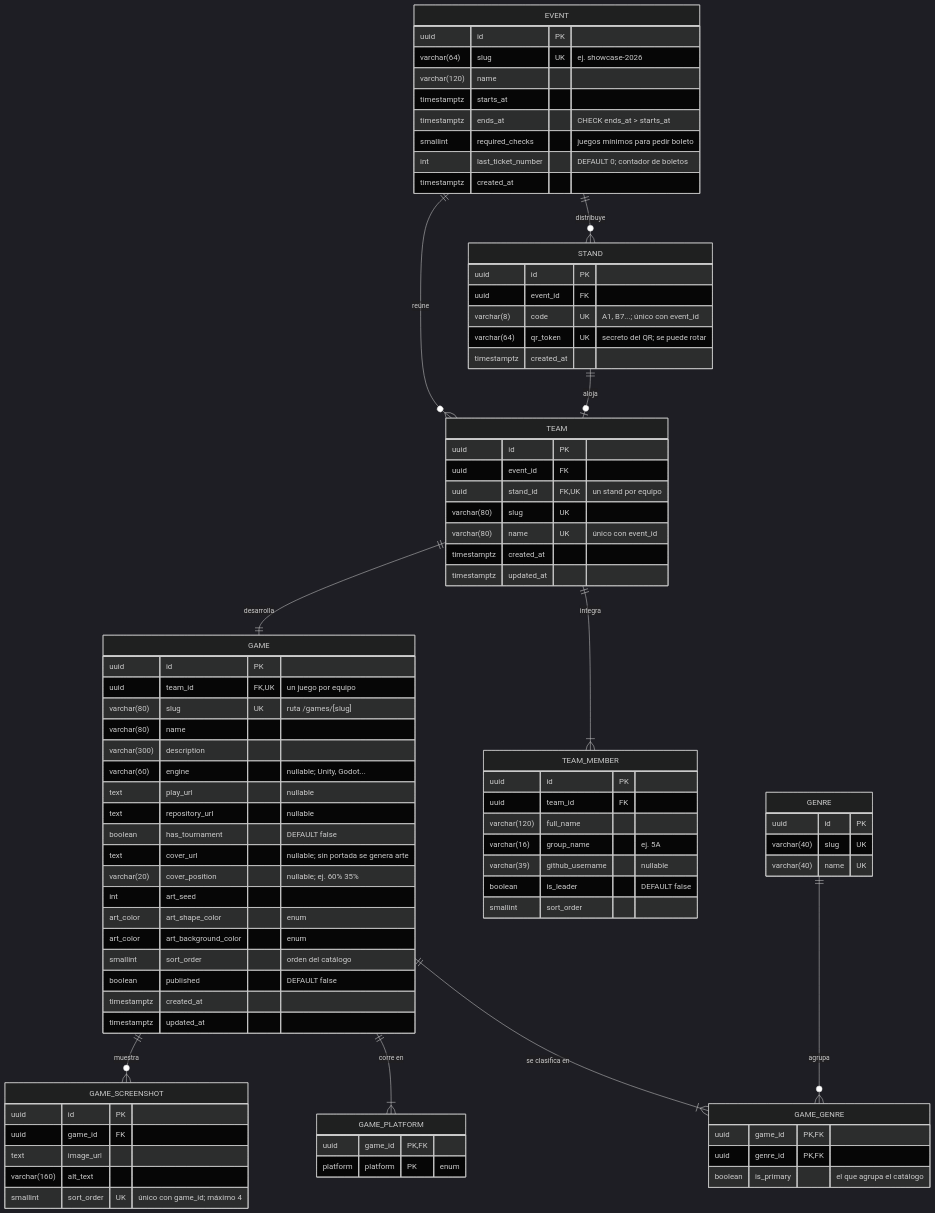
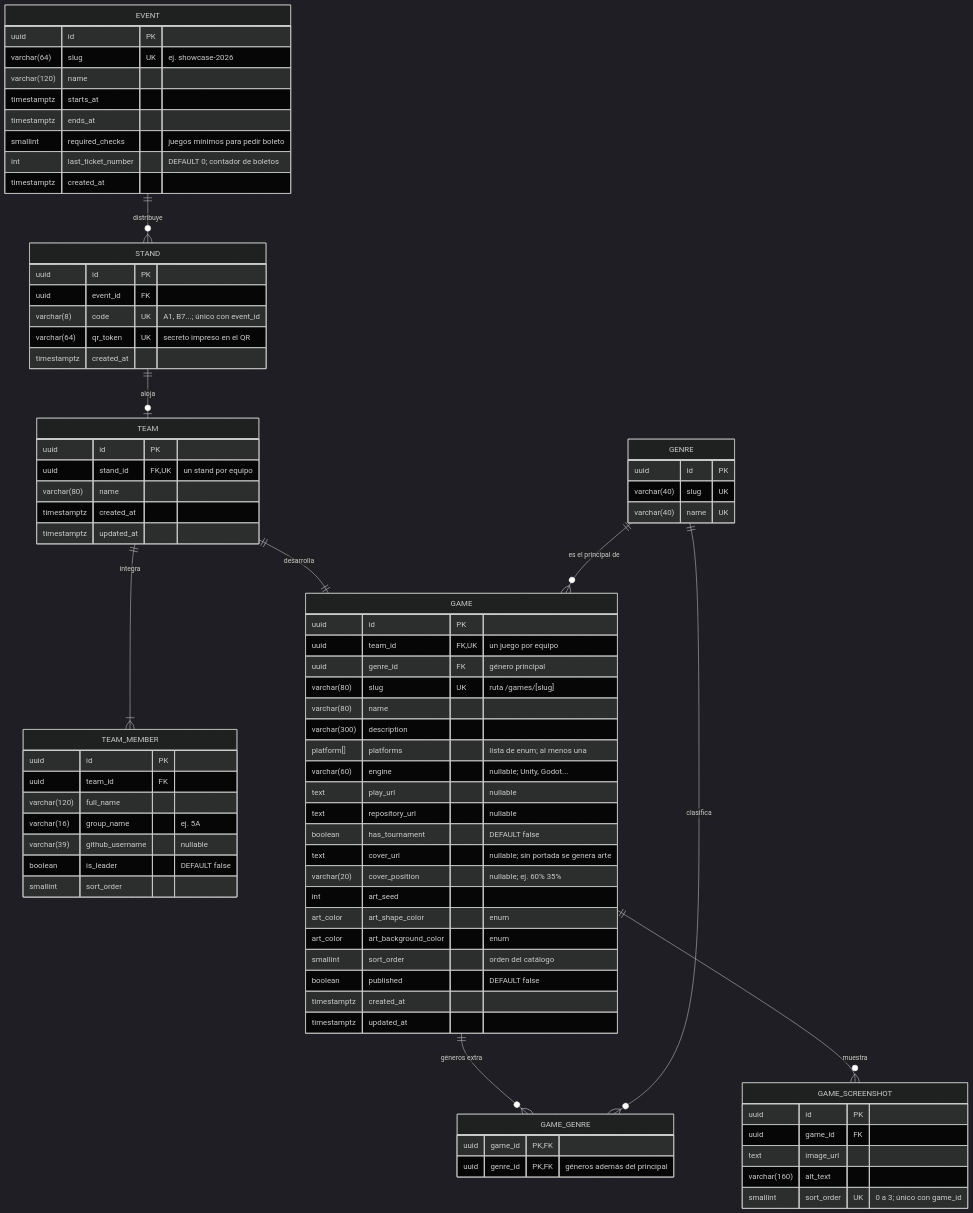
The second of 3 diagrams in docs/data-model.md (ikabeee/ut-e3), drawn with Mermaid (dark theme) before and after one commit. The commit also changed other lines of this file, not shown here.

First line of the commit message:
docs(database): aplicar la revisión del modelo de datos

````diff
--- a/docs/data-model.md
+++ b/docs/data-model.md
@@ -77,7 +81,7 @@
         varchar(64) slug UK "ej. showcase-2026"
         varchar(120) name
         timestamptz starts_at
-        timestamptz ends_at "CHECK ends_at > starts_at"
+        timestamptz ends_at
         smallint required_checks "juegos mínimos para pedir boleto"
         int last_ticket_number "DEFAULT 0; contador de boletos"
         timestamptz created_at
@@ -86,15 +90,13 @@
         uuid id PK
         uuid event_id FK
         varchar(8) code UK "A1, B7...; único con event_id"
-        varchar(64) qr_token UK "secreto del QR; se puede rotar"
+        varchar(64) qr_token UK "secreto impreso en el QR"
         timestamptz created_at
     }
     TEAM {
         uuid id PK
-        uuid event_id FK
         uuid stand_id FK, UK "un stand por equipo"
-        varchar(80) slug UK
-        varchar(80) name UK "único con event_id"
+        varchar(80) name
         timestamptz created_at
         timestamptz updated_at
     }
@@ -110,9 +112,11 @@
     GAME {
         uuid id PK
         uuid team_id FK, UK "un juego por equipo"
+        uuid genre_id FK "género principal"
         varchar(80) slug UK "ruta /games/[slug]"
         varchar(80) name
         varchar(300) description
+        platform[] platforms "lista de enum; al menos una"
         varchar(60) engine "nullable; Unity, Godot..."
         text play_url "nullable"
         text repository_url "nullable"
@@ -134,28 +138,22 @@
     }
     GAME_GENRE {
         uuid game_id PK, FK
-        uuid genre_id PK, FK
-        boolean is_primary "el que agrupa el catálogo"
-    }
-    GAME_PLATFORM {
-        uuid game_id PK, FK
-        platform platform PK "enum"
+        uuid genre_id PK, FK "géneros además del principal"
     }
     GAME_SCREENSHOT {
         uuid id PK
         uuid game_id FK
         text image_url
         varchar(160) alt_text
-        smallint sort_order UK "único con game_id; máximo 4"
+        smallint sort_order UK "0 a 3; único con game_id"
     }
 
     EVENT ||--o{ STAND : "distribuye"
-    EVENT ||--o{ TEAM : "reúne"
     STAND ||--o| TEAM : "aloja"
     TEAM ||--|{ TEAM_MEMBER : "integra"
     TEAM ||--|| GAME : "desarrolla"
-    GAME ||--|{ GAME_GENRE : "se clasifica en"
-    GENRE ||--o{ GAME_GENRE : "agrupa"
-    GAME ||--|{ GAME_PLATFORM : "corre en"
+    GENRE ||--o{ GAME : "es el principal de"
+    GAME ||--o{ GAME_GENRE : "géneros extra"
+    GENRE ||--o{ GAME_GENRE : "clasifica"
     GAME ||--o{ GAME_SCREENSHOT : "muestra"
 ```
````
